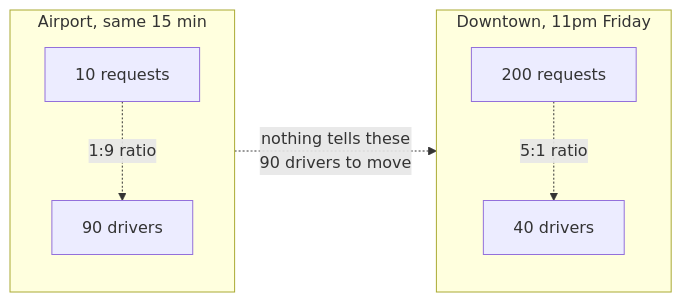
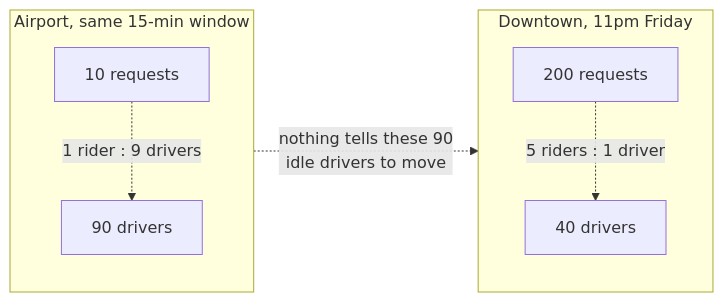
The first of 13 diagrams in system-design/HLD/0-course/53-Design-Uber-Surge-Pricing-Engine-FAANG-Guide-story.md (riyaz-pasha/Learnings), drawn with Mermaid before and after one commit. The commit also changed other lines of this file and 1 other file, not shown here.

Commit message:
[REWRITE] Uber Surge Pricing Engine story guide: simplify prose, add structure, fix diagrams

````diff
--- a/system-design/HLD/0-course/53-Design-Uber-Surge-Pricing-Engine-FAANG-Guide-story.md
+++ b/system-design/HLD/0-course/53-Design-Uber-Surge-Pricing-Engine-FAANG-Guide-story.md
@@ -13,10 +50,10 @@
 ```mermaid
 flowchart LR
     subgraph Downtown["Downtown, 11pm Friday"]
-        R1["200 requests"] -.->|"5:1 ratio"| D1["40 drivers"]
+        R1["200 requests"] -.->|"5 riders : 1 driver"| D1["40 drivers"]
     end
-    subgraph Airport["Airport, same 15 min"]
-        R2["10 requests"] -.->|"1:9 ratio"| D2["90 drivers"]
+    subgraph Airport["Airport, same 15-min window"]
+        R2["10 requests"] -.->|"1 rider : 9 drivers"| D2["90 drivers"]
     end
-    Airport -.->|"nothing tells these\n90 drivers to move"| Downtown
+    Airport -.->|"nothing tells these 90<br/>idle drivers to move"| Downtown
 ```
````
